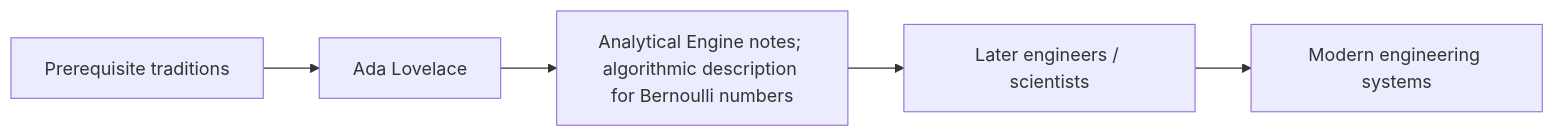
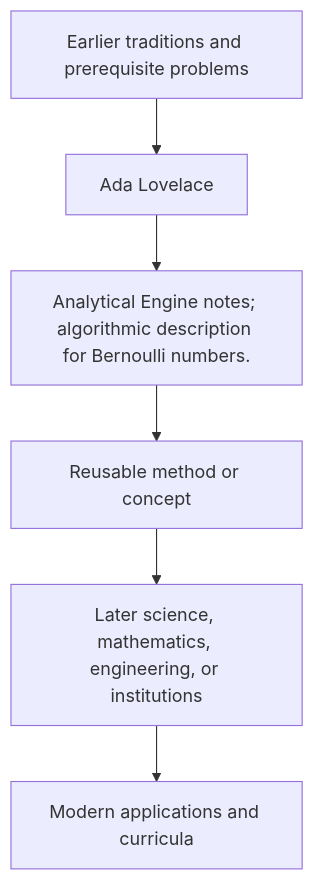
The diagram in docs/history/ada-lovelace/influence.md (via-decide/ViaLogic), drawn with Mermaid before and after one commit. The commit also changed other lines of this file and 858 other files, not shown here.

````diff
--- a/docs/history/ada-lovelace/influence.md
+++ b/docs/history/ada-lovelace/influence.md
@@ -29,7 +16,8 @@
 ```mermaid
-graph LR
-  prerequisites["Prerequisite traditions"] --> current["Ada Lovelace"]
-  current --> contribution["Analytical Engine notes; algorithmic description for Bernoulli numbers"]
-  contribution --> successors["Later engineers / scientists"]
-  successors --> modern["Modern engineering systems"]
+graph TD
+  Prior[Earlier traditions and prerequisite problems] --> Person[Ada Lovelace]
+  Person --> Contribution[Analytical Engine notes; algorithmic description for Bernoulli numbers.]
+  Contribution --> Method[Reusable method or concept]
+  Method --> Later[Later science, mathematics, engineering, or institutions]
+  Later --> Modern[Modern applications and curricula]
 ```
````
